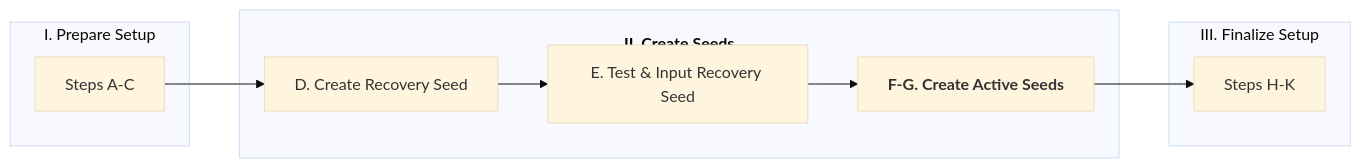
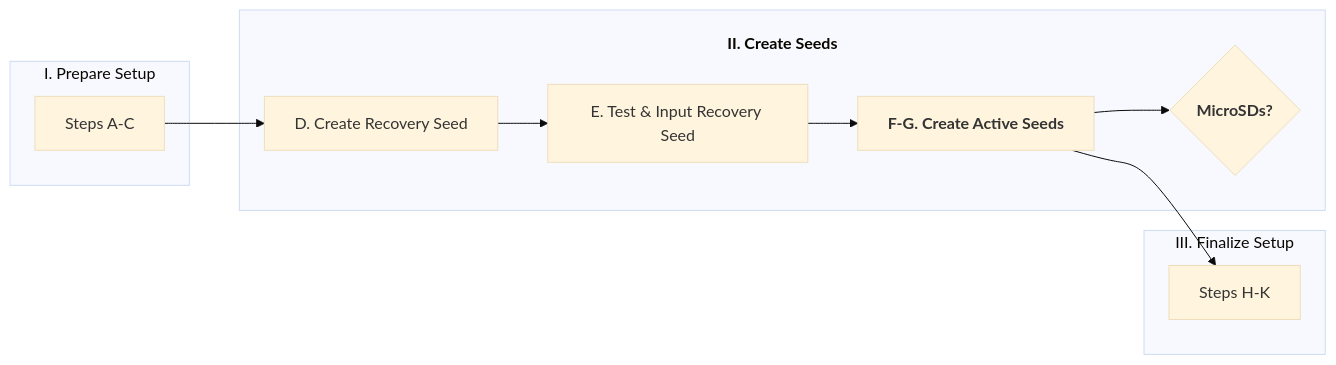
The sixth of 7 diagrams in Docs/Scenario-Multisig.md (BlockchainCommons/SmartCustody), drawn with Mermaid (base theme) before and after one commit. The commit also changed other lines of this file, not shown here.

````diff
--- a/Docs/Scenario-Multisig.md
+++ b/Docs/Scenario-Multisig.md
@@ -386,17 +388,18 @@
 ```mermaid
     graph LR;
     subgraph 1[I. Prepare Setup]
     C[Steps A-C]
     end
     subgraph 2[<h4>II. Create Seeds</h4>]
     D[D. Create Recovery Seed]
     E[E. Test & Input Recovery Seed]
     F[<b>F-G. Create Active Seeds</b>]
-    D-->E-->F
+    F1{<b>MicroSDs?</b>}
+    D-->E-->F-->F1
     end
     subgraph 3[III. Finalize Setup]
     H[Steps H-K]
     end
     C-->D
     F-->H
 ```
````
